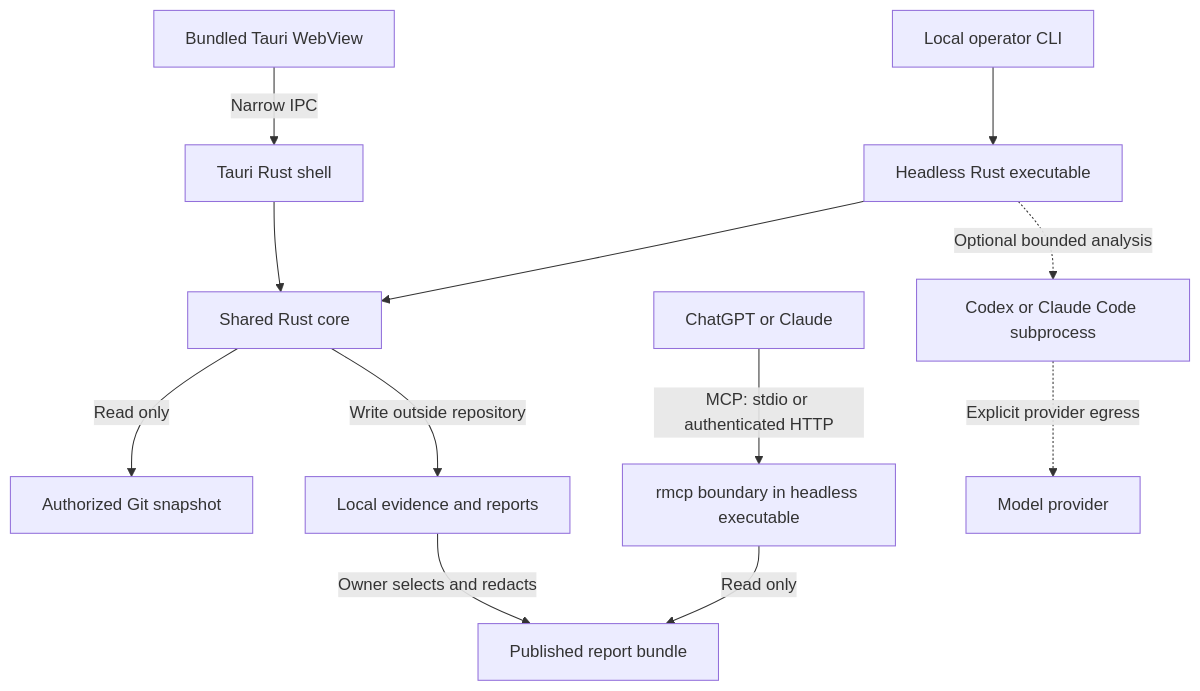
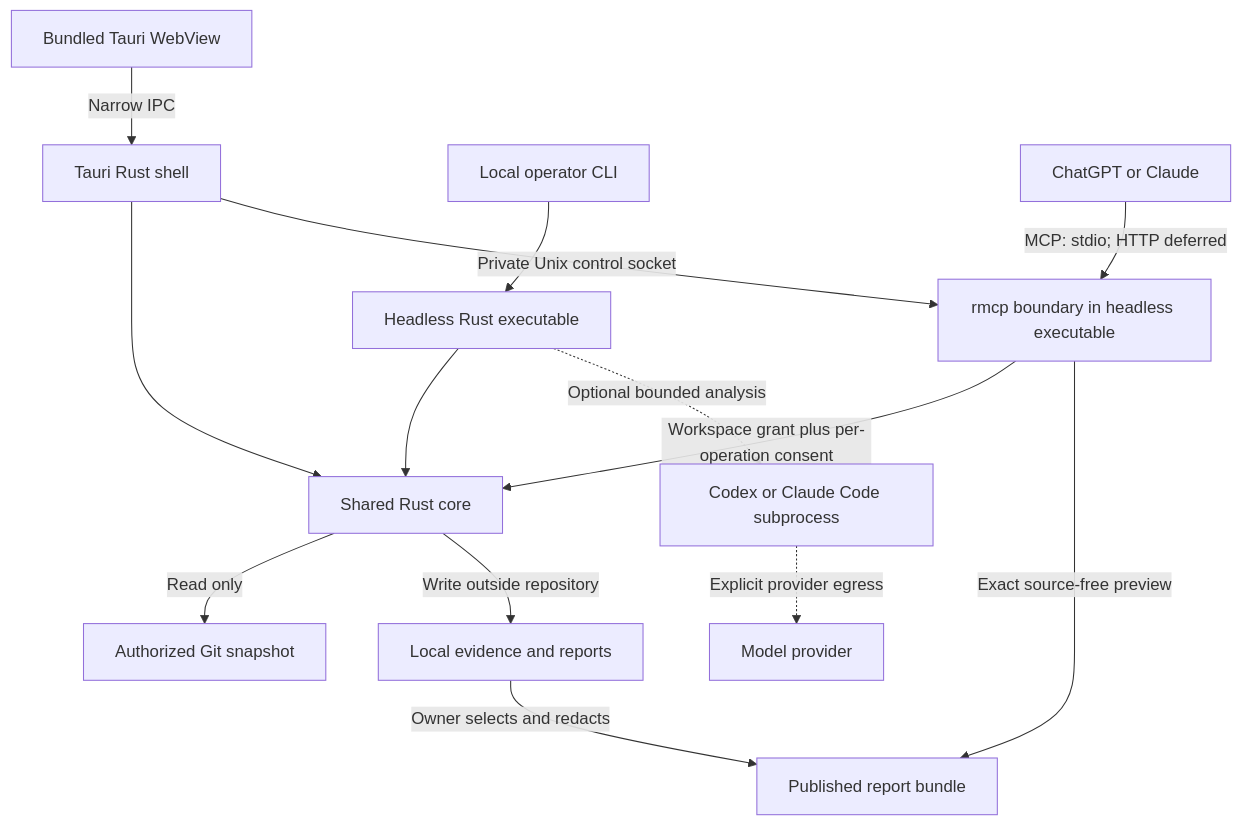
Before and after one commit to Hun-Bot2/Orven: the diagram in docs/architecture.md, drawn with Mermaid. The commit also changed other lines of this file and 11 other files, not shown here.

````diff
--- a/docs/architecture.md
+++ b/docs/architecture.md
@@ -9,14 +9,16 @@
 ```mermaid
 flowchart TD
     UI[Bundled Tauri WebView] -->|Narrow IPC| Desktop[Tauri Rust shell]
     Operator[Local operator CLI] --> Headless[Headless Rust executable]
     Desktop --> Core[Shared Rust core]
     Headless --> Core
     Core -->|Read only| Snapshot[Authorized Git snapshot]
     Core -->|Write outside repository| Store[Local evidence and reports]
     Store -->|Owner selects and redacts| Bundle[Published report bundle]
-    Hosts[ChatGPT or Claude] -->|MCP: stdio or authenticated HTTP| MCP[rmcp boundary in headless executable]
-    MCP -->|Read only| Bundle
+    Hosts[ChatGPT or Claude] -->|MCP: stdio; HTTP deferred| MCP[rmcp boundary in headless executable]
+    MCP -->|Workspace grant plus per-operation consent| Core
+    Desktop -->|Private Unix control socket| MCP
+    MCP -->|Exact source-free preview| Bundle
     Headless -. Optional bounded analysis .-> Adapter[Codex or Claude Code subprocess]
     Adapter -. Explicit provider egress .-> Provider[Model provider]
 ```
````
